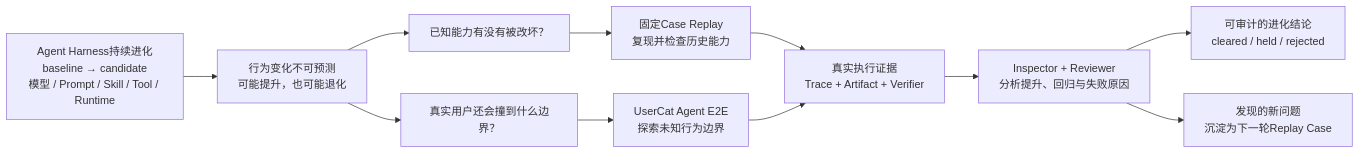
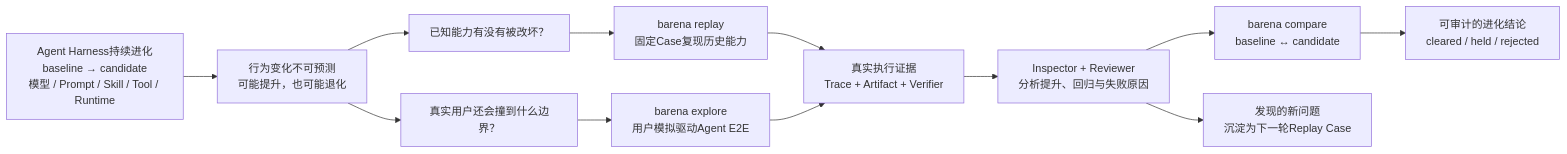
Before and after one commit to fightheyyy/barena: the first of 2 diagrams in README.md, drawn with Mermaid. The commit also changed other lines of this file and 24 other files, not shown here.

Commit message:
Align Barena runtime adapters and architecture

````diff
--- a/README.md
+++ b/README.md
@@ -61,34 +23,36 @@
 ```mermaid
 flowchart LR
     Change["Agent Harness持续进化<br/>baseline → candidate<br/>模型 / Prompt / Skill / Tool / Runtime"]
 
     Risk["行为变化不可预测<br/>可能提升，也可能退化"]
 
     Known["已知能力有没有被改坏？"]
     Unknown["真实用户还会撞到什么边界？"]
 
-    Replay["固定Case Replay<br/>复现并检查历史能力"]
-    E2E["UserCat Agent E2E<br/>探索未知行为边界"]
+    Replay["barena replay<br/>固定Case复现历史能力"]
+    E2E["barena explore<br/>用户模拟驱动Agent E2E"]
 
     Evidence["真实执行证据<br/>Trace + Artifact + Verifier"]
 
     Review["Inspector + Reviewer<br/>分析提升、回归与失败原因"]
 
+    Compare["barena compare<br/>baseline ↔ candidate"]
+
     Decision["可审计的进化结论<br/>cleared / held / rejected"]
-
     NewCase["发现的新问题<br/>沉淀为下一轮Replay Case"]
 
     Change --> Risk
     Risk --> Known
     Risk --> Unknown
 
     Known --> Replay
     Unknown --> E2E
 
     Replay --> Evidence
     E2E --> Evidence
 
     Evidence --> Review
-    Review --> Decision
+    Review --> Compare
+    Compare --> Decision
     Review --> NewCase
 ```
````
